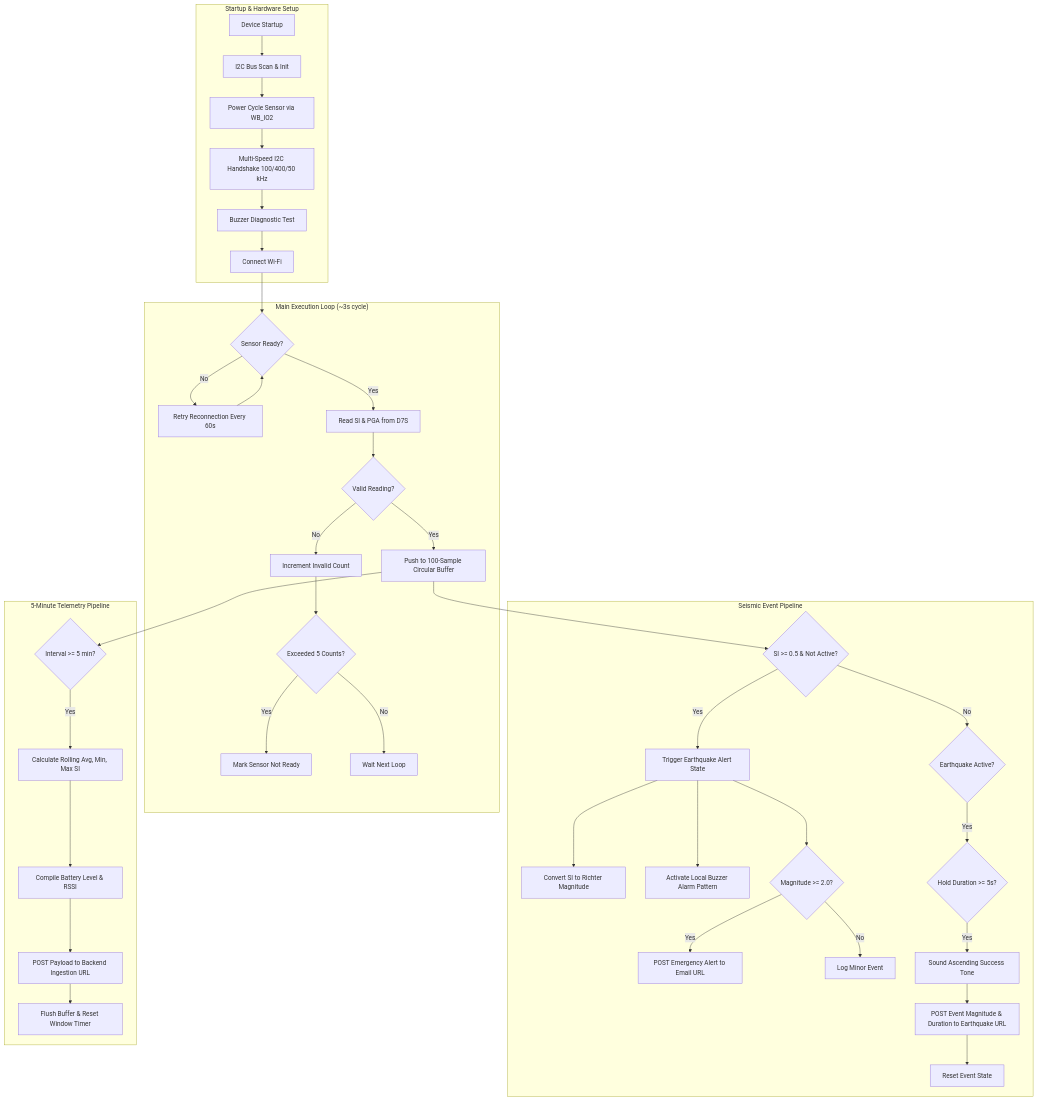
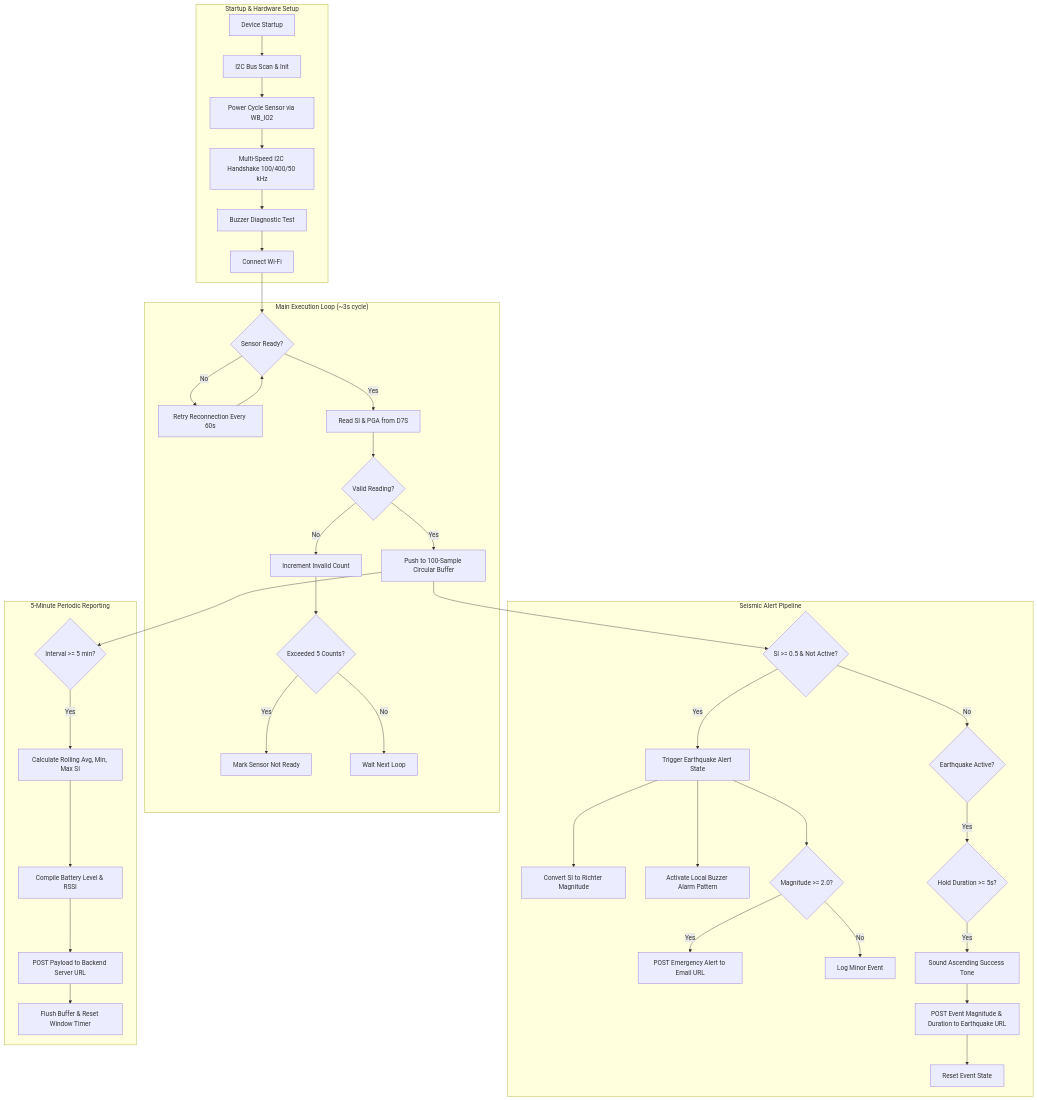
The diagram in README.md (project-queyk/queyk-iot), drawn with Mermaid before and after one commit. The commit also changed other lines of this file, not shown here.

````diff
--- a/README.md
+++ b/README.md
@@ -37,46 +37,46 @@
 ```mermaid
 flowchart TD
     subgraph Initialization ["Startup & Hardware Setup"]
         A[Device Startup] --> B[I2C Bus Scan & Init]
         B --> C[Power Cycle Sensor via WB_IO2]
         C --> D[Multi-Speed I2C Handshake 100/400/50 kHz]
         D --> E[Buzzer Diagnostic Test]
         E --> F[Connect Wi-Fi]
     end
 
     subgraph MainLoop ["Main Execution Loop (~3s cycle)"]
         F --> G{Sensor Ready?}
         G -- No --> H[Retry Reconnection Every 60s]
         H --> G
         G -- Yes --> I[Read SI & PGA from D7S]
         I --> J{Valid Reading?}
         J -- No --> K[Increment Invalid Count]
         K --> L{Exceeded 5 Counts?}
         L -- Yes --> M[Mark Sensor Not Ready]
         L -- No --> N[Wait Next Loop]
         J -- Yes --> O[Push to 100-Sample Circular Buffer]
     end
 
-    subgraph EarthquakePipeline ["Seismic Event Pipeline"]
+    subgraph EarthquakePipeline ["Seismic Alert Pipeline"]
         O --> P{SI >= 0.5 & Not Active?}
         P -- Yes --> Q[Trigger Earthquake Alert State]
         Q --> R[Convert SI to Richter Magnitude]
         Q --> S[Activate Local Buzzer Alarm Pattern]
         Q --> T{Magnitude >= 2.0?}
         T -- Yes --> U[POST Emergency Alert to Email URL]
         T -- No --> V[Log Minor Event]
         P -- No --> W{Earthquake Active?}
         W -- Yes --> X{Hold Duration >= 5s?}
         X -- Yes --> Y[Sound Ascending Success Tone]
         Y --> Z[POST Event Magnitude & Duration to Earthquake URL]
         Z --> AA[Reset Event State]
     end
 
-    subgraph TelemetryPipeline ["5-Minute Telemetry Pipeline"]
+    subgraph PeriodicReporting ["5-Minute Periodic Reporting"]
         O --> AB{Interval >= 5 min?}
         AB -- Yes --> AC[Calculate Rolling Avg, Min, Max SI]
         AC --> AD[Compile Battery Level & RSSI]
-        AD --> AE[POST Payload to Backend Ingestion URL]
+        AD --> AE[POST Payload to Backend Server URL]
         AE --> AF[Flush Buffer & Reset Window Timer]
     end
 ```
````
